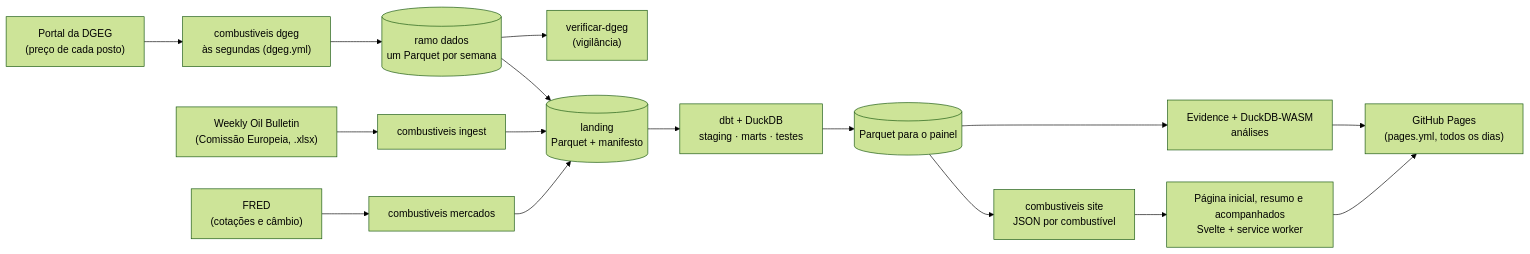
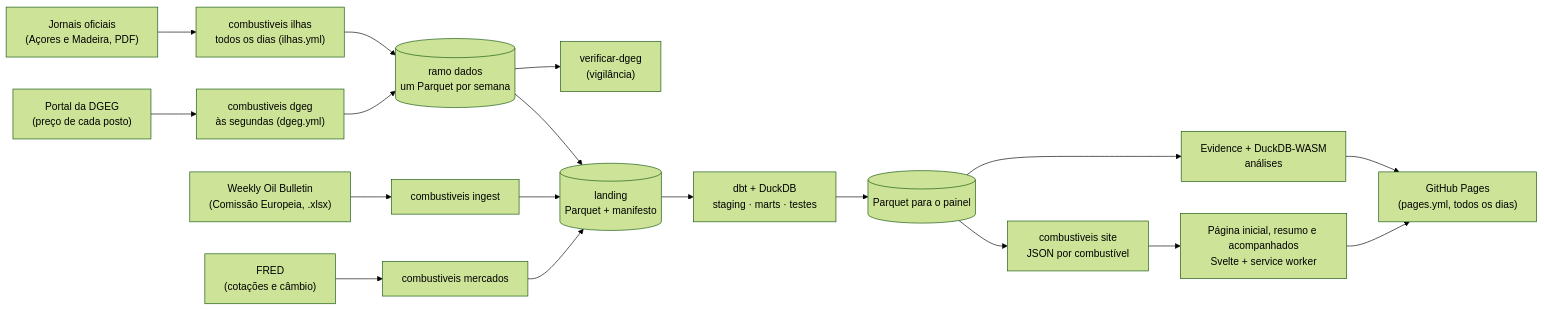
One commit to JoseFerrao20/combustiveis-pt changed the diagram in README.md. Above: the diagram before and after it, drawn with Mermaid (forest theme). The commit also changed other lines of this file and 35 other files, not shown here.

````diff
--- a/README.md
+++ b/README.md
@@ -67,18 +68,20 @@
 ```mermaid
 flowchart LR
   WOB["Weekly Oil Bulletin<br/>(Comissão Europeia, .xlsx)"] --> I["combustiveis ingest"]
   DGEG["Portal da DGEG<br/>(preço de cada posto)"] --> S["combustiveis dgeg<br/>às segundas (dgeg.yml)"]
   FRED["FRED<br/>(cotações e câmbio)"] --> M["combustiveis mercados"]
+  JO["Jornais oficiais<br/>(Açores e Madeira, PDF)"] --> IL["combustiveis ilhas<br/>todos os dias (ilhas.yml)"]
+  IL --> H
   S --> H[("ramo dados<br/>um Parquet por semana")]
   H --> V["verificar-dgeg<br/>(vigilância)"]
   H --> L
   I --> L[("landing<br/>Parquet + manifesto")]
   M --> L
   L --> D["dbt + DuckDB<br/>staging · marts · testes"]
   D --> R[("Parquet para o painel")]
   R --> E["Evidence + DuckDB-WASM<br/>análises"]
   R --> J["combustiveis site<br/>JSON por combustível"]
   J --> A["Página inicial, resumo e acompanhados<br/>Svelte + service worker"]
   E --> P["GitHub Pages<br/>(pages.yml, todos os dias)"]
   A --> P
 ```
````
